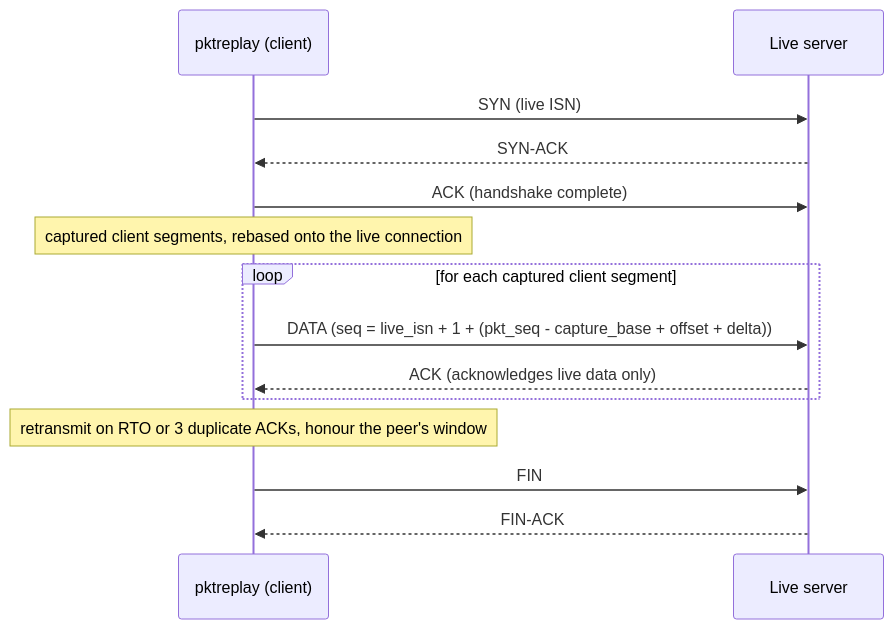
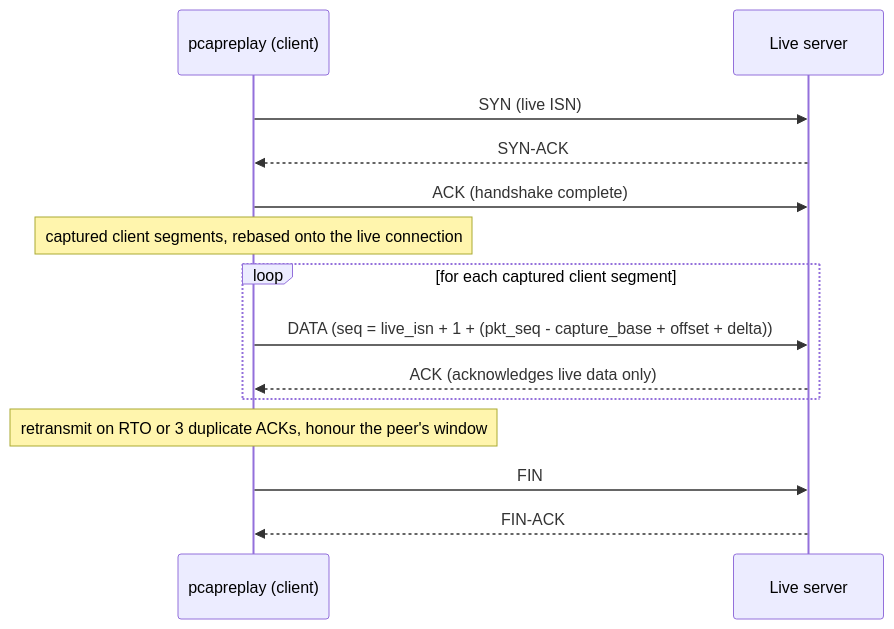
One commit to AlexRudyak/pcapreplay changed the first of 2 diagrams in README.md. Above: the diagram before and after it, drawn with Mermaid. The commit also changed other lines of this file and 101 other files, not shown here.

First line of the commit message:
refactor!: rename the project from pktreplay to pcapreplay

````diff
--- a/README.md
+++ b/README.md
@@ -173,16 +176,16 @@
 ```mermaid
 sequenceDiagram
-    participant C as pktreplay (client)
+    participant C as pcapreplay (client)
     participant S as Live server
     C->>S: SYN (live ISN)
     S-->>C: SYN-ACK
     C->>S: ACK (handshake complete)
     Note over C: captured client segments, rebased onto the live connection
     loop for each captured client segment
         C->>S: DATA (seq = live_isn + 1 + (pkt_seq - capture_base + offset + delta))
         S-->>C: ACK (acknowledges live data only)
     end
     Note over C: retransmit on RTO or 3 duplicate ACKs, honour the peer's window
     C->>S: FIN
     S-->>C: FIN-ACK
 ```
````
